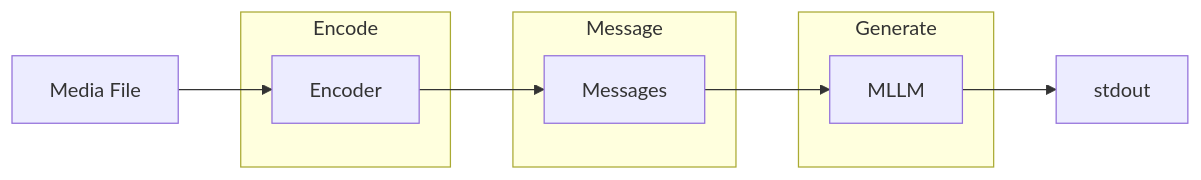
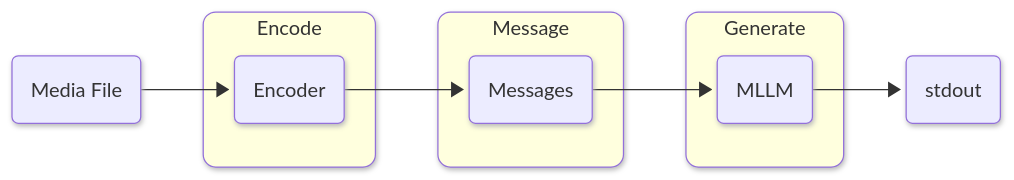
Before and after one commit to vlm-run/mm: the diagram in docs/PIPELINES.md, drawn with Mermaid. The commit also changed 1 other file, not shown here.

Commit message:
use rounded corners

````diff
--- a/docs/PIPELINES.md
+++ b/docs/PIPELINES.md
@@ -6,20 +6,24 @@
 ```mermaid
+%%{init: {'look': 'neo'} }%%
 graph LR
-  file["Media File"]
+  file("Media File")
 
   subgraph encode ["Encode"]
-    encoder["Encoder"]
+    encoder("Encoder")
   end
 
   subgraph message ["Message"]
-    msg["Messages"]
+    msg("Messages")
   end
 
   subgraph generate ["Generate"]
-    llm["MLLM"]
+    llm("MLLM")
   end
 
-  out["stdout"]
+  out("stdout")
 
   file --> encoder --> msg --> llm --> out
+  style encode rx:10px,ry:10px
+  style message rx:10px,ry:10px
+  style generate rx:10px,ry:10px
 ```
````
